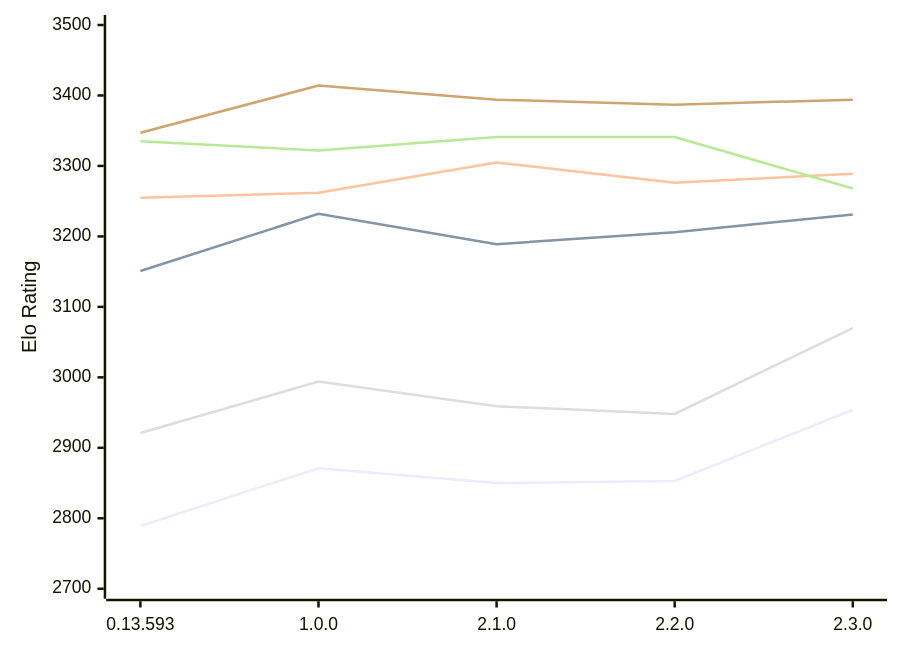
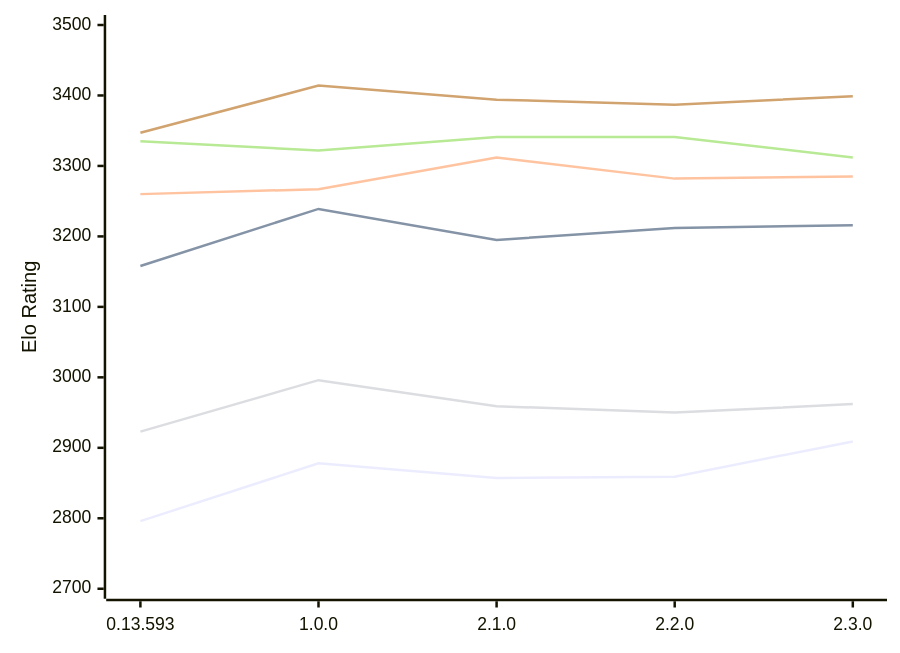
One commit to computer-chess-index/cci changed the diagram in engines/Pawnstar.md. Above: the diagram before and after it, drawn with Mermaid. The commit also changed other lines of this file, not shown here.

Commit message:
Update CCI Ratings (ELO VLTC) - 2026-11-10

````diff
--- a/engines/Pawnstar.md
+++ b/engines/Pawnstar.md
@@ -55,12 +55,12 @@
 ```mermaid
 %%{init: {"theme":"base","themeVariables":{"seriesColors:['#a3a3a3','#222221','#faa371']}}}%%
 xychart-beta
   x-axis ["0.13.593", "1.0.0", "2.1.0", "2.2.0", "2.3.0"]
   y-axis "Elo Rating" 2700 --> 3500
-  line "E1: STC (8.0+0.08s)" [2789, 2871, 2850, 2853, 2954]
-  line "E1: LTC (60.0+0.60s)" [3151, 3232, 3189, 3206, 3231]
-  line "E1: VLTC (2m24s+1.12s)" [3255, 3262, 3305, 3276, 3289]
-  line "P1: STC (8.0+0.08s)" [2921, 2994, 2959, 2948, 3070]
-  line "P1: LTC (60.0+0.60s)" [3335, 3322, 3341, 3341, 3268]
-  line "P1: VLTC (2m24s+1.12s)" [3347, 3414, 3394, 3387, 3394]
+  line "E1: STC (8.0+0.08s)" [2796, 2878, 2857, 2859, 2909]
+  line "E1: LTC (60.0+0.60s)" [3158, 3239, 3195, 3212, 3216]
+  line "E1: VLTC (2m24s+1.12s)" [3260, 3267, 3312, 3282, 3285]
+  line "P1: STC (8.0+0.08s)" [2923, 2996, 2959, 2950, 2962]
+  line "P1: LTC (60.0+0.60s)" [3335, 3322, 3341, 3341, 3312]
+  line "P1: VLTC (2m24s+1.12s)" [3347, 3414, 3394, 3387, 3399]
 ```
````
